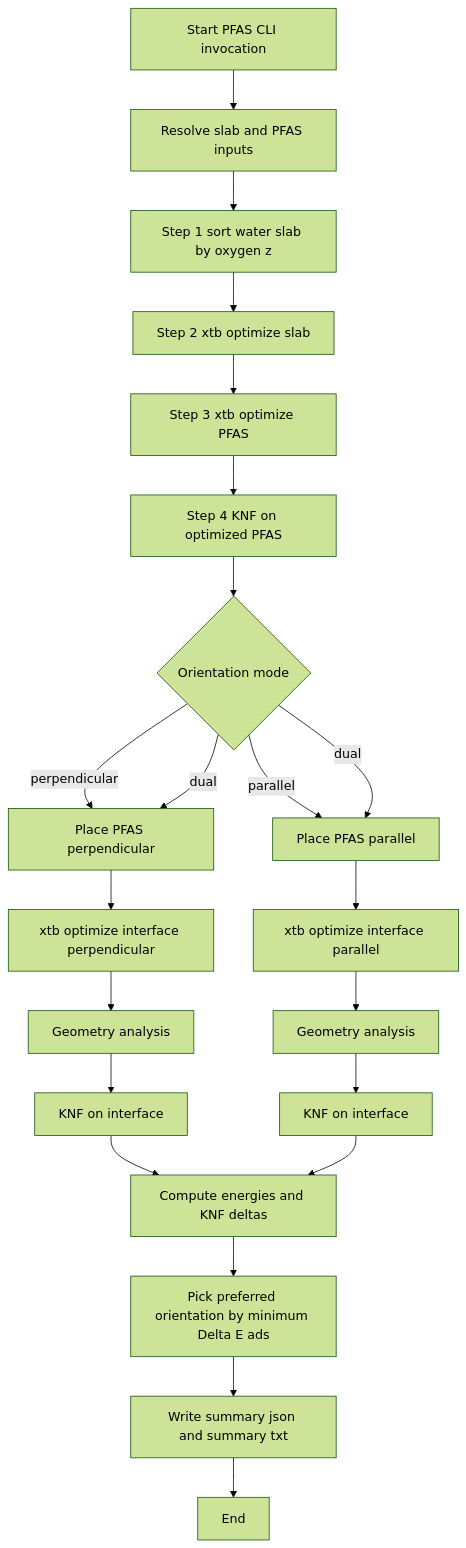
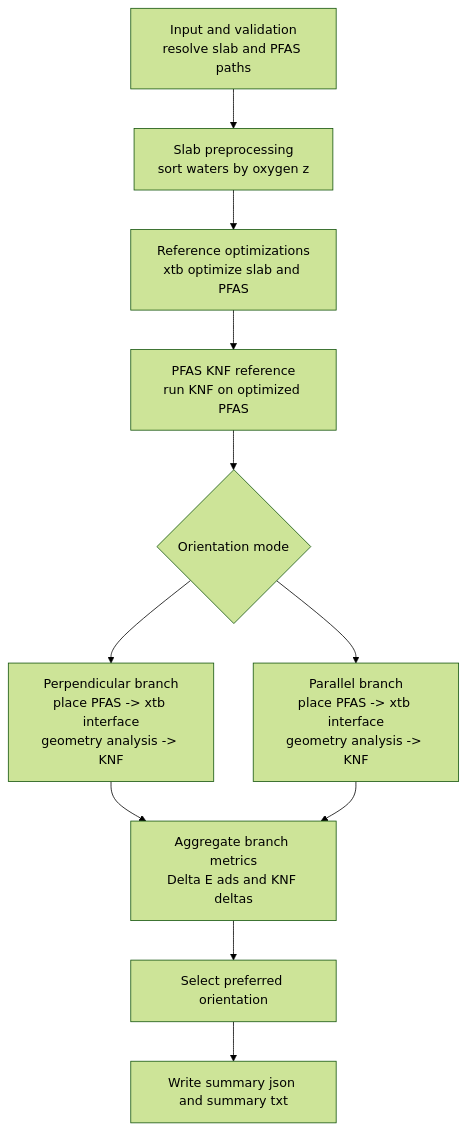
Before and after one commit to Prasanna163/PFAS-Interfacial-Package: the diagram in docs/repo_report/figures/workflow_overview.mmd, drawn with Mermaid (forest theme). The commit also changed 8 other files, not shown here.

Commit message:
Tighten Mermaid figure sizing and improve report layout

```diff
--- a/docs/repo_report/figures/workflow_overview.mmd
+++ b/docs/repo_report/figures/workflow_overview.mmd
@@ -1,27 +1,14 @@
-flowchart TD
-    A[Start PFAS CLI invocation] --> B[Resolve slab and PFAS inputs]
-    B --> C[Step 1 sort water slab by oxygen z]
-    C --> D[Step 2 xtb optimize slab]
-    D --> E[Step 3 xtb optimize PFAS]
-    E --> F[Step 4 KNF on optimized PFAS]
-    F --> G{Orientation mode}
+flowchart TB
+    A[Input and validation<br/>resolve slab and PFAS paths]
+    A --> B[Slab preprocessing<br/>sort waters by oxygen z]
+    B --> C[Reference optimizations<br/>xtb optimize slab and PFAS]
+    C --> D[PFAS KNF reference<br/>run KNF on optimized PFAS]
+    D --> E{Orientation mode}
 
-    G -->|perpendicular| H1[Place PFAS perpendicular]
-    G -->|parallel| H2[Place PFAS parallel]
-    G -->|dual| H1
-    G -->|dual| H2
+    E --> F[Perpendicular branch<br/>place PFAS -> xtb interface<br/>geometry analysis -> KNF]
+    E --> G[Parallel branch<br/>place PFAS -> xtb interface<br/>geometry analysis -> KNF]
 
-    H1 --> I1[xtb optimize interface perpendicular]
-    H2 --> I2[xtb optimize interface parallel]
-
-    I1 --> J1[Geometry analysis]
-    I2 --> J2[Geometry analysis]
-
-    J1 --> K1[KNF on interface]
-    J2 --> K2[KNF on interface]
-
-    K1 --> L[Compute energies and KNF deltas]
-    K2 --> L
-    L --> M[Pick preferred orientation by minimum Delta E ads]
-    M --> N[Write summary json and summary txt]
-    N --> O[End]
+    F --> H[Aggregate branch metrics<br/>Delta E ads and KNF deltas]
+    G --> H
+    H --> I[Select preferred orientation]
+    I --> J[Write summary json and summary txt]
```
